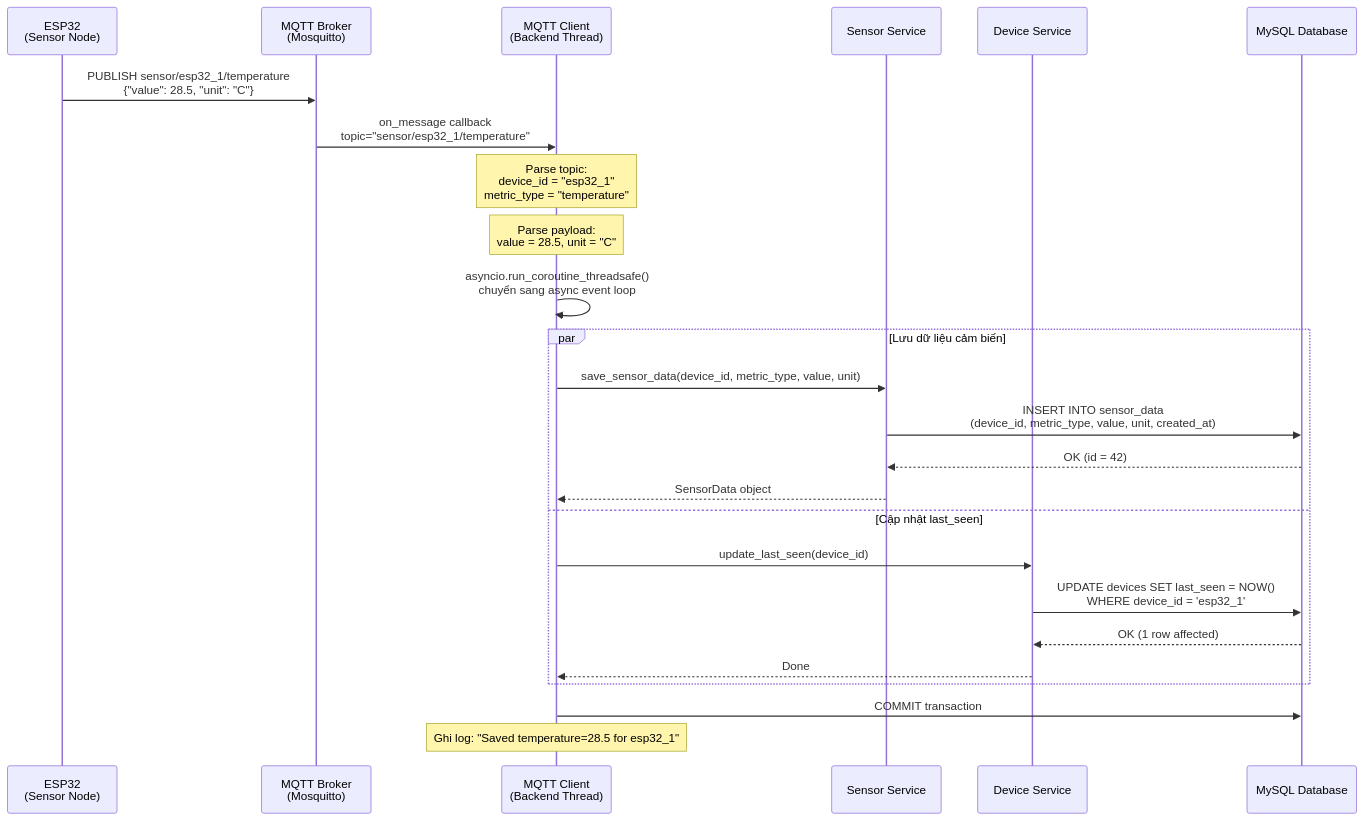
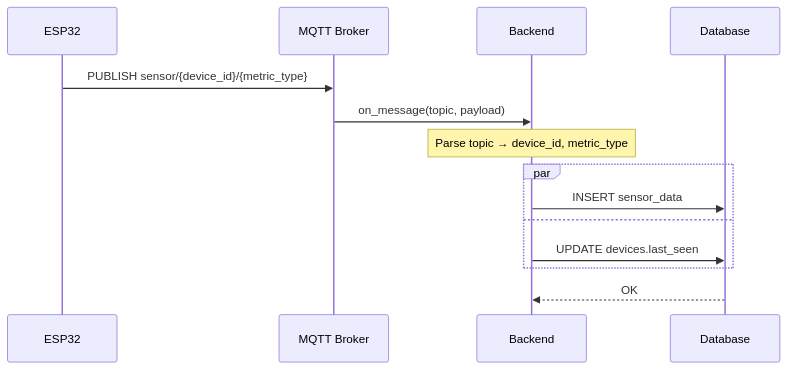
The first of 7 diagrams in docs/sequence-diagrams.md (sson6926/BTL-HeTHongNhung), drawn with Mermaid before and after one commit. The commit also changed other lines of this file and 9 other files, not shown here.

````diff
--- a/docs/sequence-diagrams.md
+++ b/docs/sequence-diagrams.md
@@ -24,34 +24,17 @@
 ```mermaid
 sequenceDiagram
-    participant ESP32 as ESP32<br/>(Sensor Node)
-    participant Broker as MQTT Broker<br/>(Mosquitto)
-    participant MQTT as MQTT Client<br/>(Backend Thread)
-    participant SVC as Sensor Service
-    participant DEV as Device Service
-    participant DB as MySQL Database
+    participant ESP32 as ESP32
+    participant Broker as MQTT Broker
+    participant Backend as Backend
+    participant DB as Database
 
-    ESP32->>Broker: PUBLISH sensor/esp32_1/temperature<br/>{"value": 28.5, "unit": "C"}
-
-    Broker->>MQTT: on_message callback<br/>topic="sensor/esp32_1/temperature"
-
-    Note over MQTT: Parse topic:<br/>device_id = "esp32_1"<br/>metric_type = "temperature"
-
-    Note over MQTT: Parse payload:<br/>value = 28.5, unit = "C"
-
-    MQTT->>MQTT: asyncio.run_coroutine_threadsafe()<br/>chuyển sang async event loop
-
-    par Lưu dữ liệu cảm biến
-        MQTT->>SVC: save_sensor_data(device_id, metric_type, value, unit)
-        SVC->>DB: INSERT INTO sensor_data<br/>(device_id, metric_type, value, unit, created_at)
-        DB-->>SVC: OK (id = 42)
-        SVC-->>MQTT: SensorData object
-    and Cập nhật last_seen
-        MQTT->>DEV: update_last_seen(device_id)
-        DEV->>DB: UPDATE devices SET last_seen = NOW()<br/>WHERE device_id = 'esp32_1'
-        DB-->>DEV: OK (1 row affected)
-        DEV-->>MQTT: Done
+    ESP32->>Broker: PUBLISH sensor/{device_id}/{metric_type}
+    Broker->>Backend: on_message(topic, payload)
+    Note over Backend: Parse topic → device_id, metric_type
+    par
+        Backend->>DB: INSERT sensor_data
+    and
+        Backend->>DB: UPDATE devices.last_seen
     end
-
-    MQTT->>DB: COMMIT transaction
-    Note over MQTT: Ghi log: "Saved temperature=28.5 for esp32_1"
+    DB-->>Backend: OK
 ```
````
